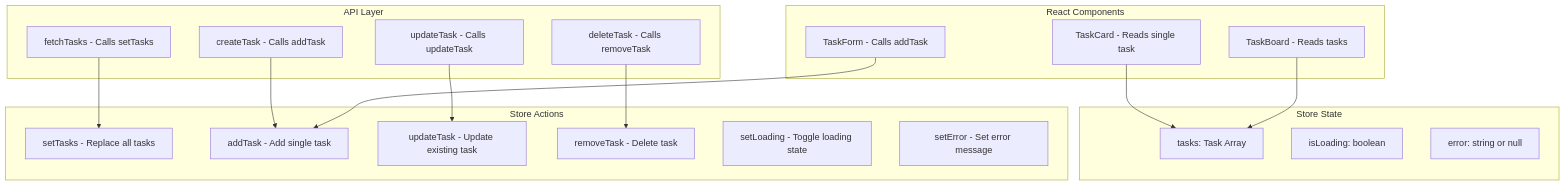
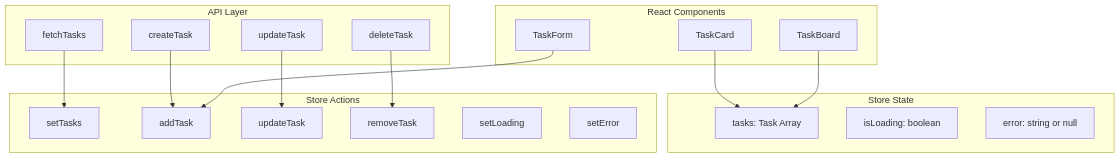
Before and after one commit to anshsharmacse/Real-time-Collaborative-Task-Manager: diagram 16 of 24 in README.md, drawn with Mermaid. The commit also changed other lines of this file, not shown here.

````diff
--- a/README.md
+++ b/README.md
@@ -683,39 +702,39 @@
 ```mermaid
 flowchart TD
     subgraph Store State
         S1[tasks: Task Array]
         S2[isLoading: boolean]
         S3[error: string or null]
     end
     
     subgraph Store Actions
-        A1[setTasks - Replace all tasks]
-        A2[addTask - Add single task]
-        A3[updateTask - Update existing task]
-        A4[removeTask - Delete task]
-        A5[setLoading - Toggle loading state]
-        A6[setError - Set error message]
+        A1[setTasks]
+        A2[addTask]
+        A3[updateTask]
+        A4[removeTask]
+        A5[setLoading]
+        A6[setError]
     end
     
     subgraph React Components
-        C1[TaskBoard - Reads tasks]
-        C2[TaskCard - Reads single task]
-        C3[TaskForm - Calls addTask]
+        C1[TaskBoard]
+        C2[TaskCard]
+        C3[TaskForm]
     end
     
     subgraph API Layer
-        API1[fetchTasks - Calls setTasks]
-        API2[createTask - Calls addTask]
-        API3[updateTask - Calls updateTask]
-        API4[deleteTask - Calls removeTask]
+        API1[fetchTasks]
+        API2[createTask]
+        API3[updateTask]
+        API4[deleteTask]
     end
     
     C1 --> S1
     C2 --> S1
     C3 --> A2
     
     API1 --> A1
     API2 --> A2
     API3 --> A3
     API4 --> A4
 ```
````
